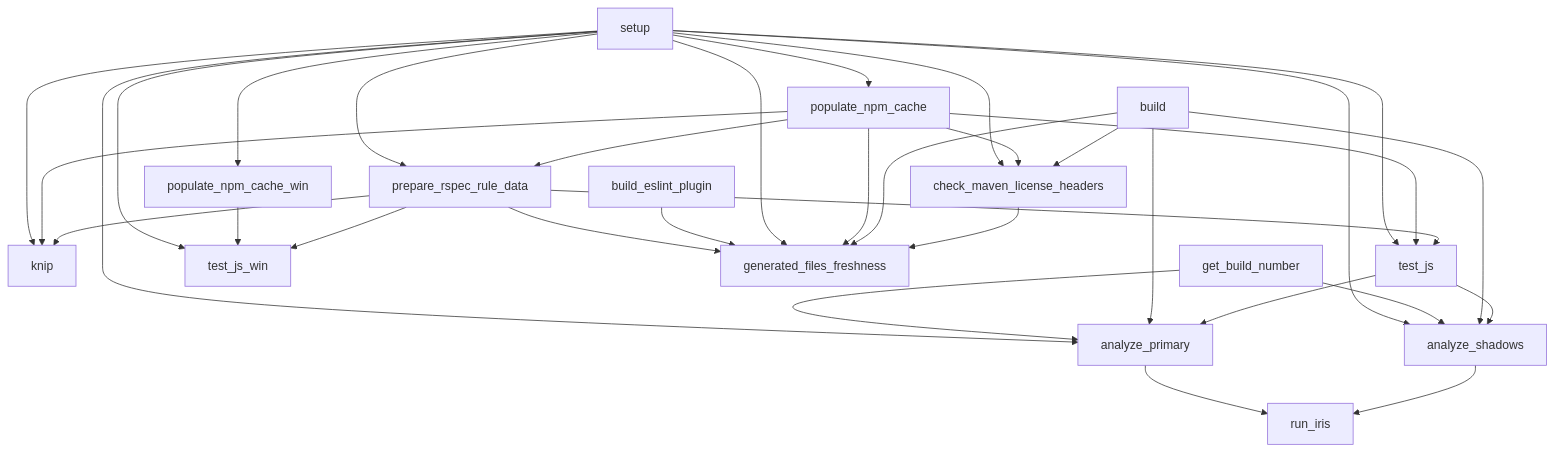
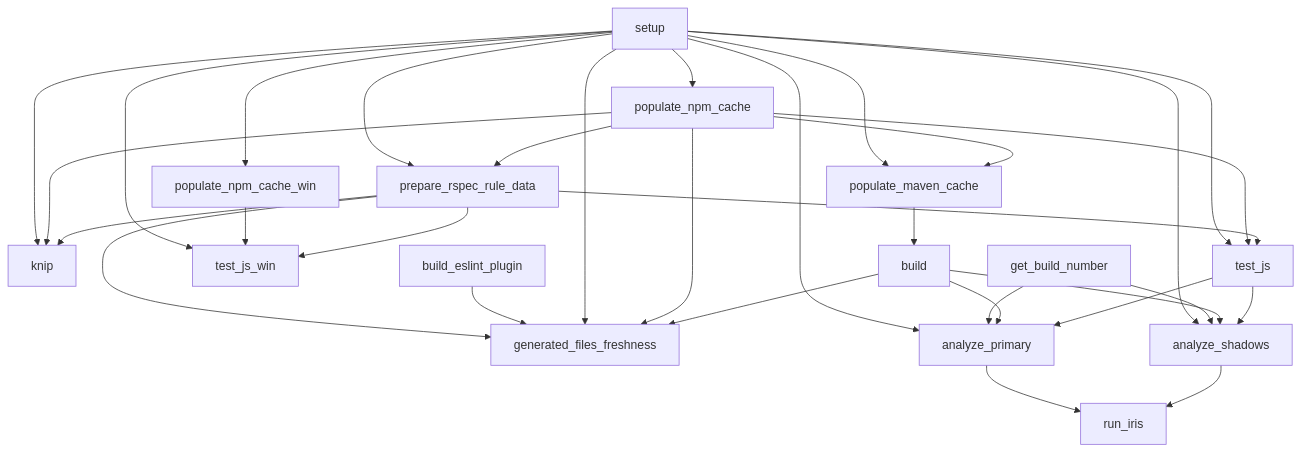
Before and after one commit to SonarSource/SonarJS: the third of 4 diagrams in docs/CI.md, drawn with Mermaid. The commit also changed other lines of this file and 1 other file, not shown here.

Commit message:
Populate-Maven-cache-before-build

````diff
--- a/docs/CI.md
+++ b/docs/CI.md
@@ -184,42 +185,41 @@
 ```mermaid
 flowchart TD
   setup["setup"] --> populate_npm_cache["populate_npm_cache"]
   setup --> populate_npm_cache_win["populate_npm_cache_win"]
   setup --> prepare_rspec_rule_data["prepare_rspec_rule_data"]
   populate_npm_cache --> prepare_rspec_rule_data
 
   setup --> knip["knip"]
   populate_npm_cache --> knip
   prepare_rspec_rule_data --> knip
 
   setup --> test_js["test_js"]
   populate_npm_cache --> test_js
   prepare_rspec_rule_data --> test_js
 
   setup --> test_js_win["test_js_win"]
   populate_npm_cache_win --> test_js_win
   prepare_rspec_rule_data --> test_js_win
 
   prepare_rspec_rule_data --> generated_files_freshness
   build_eslint_plugin["build_eslint_plugin"] --> generated_files_freshness["generated_files_freshness"]
   setup --> generated_files_freshness
   populate_npm_cache --> generated_files_freshness
   build --> generated_files_freshness
-  setup --> check_maven_license_headers["check_maven_license_headers"]
-  populate_npm_cache --> check_maven_license_headers
-  build --> check_maven_license_headers
-  check_maven_license_headers --> generated_files_freshness
+  setup --> populate_maven_cache["populate_maven_cache"]
+  populate_npm_cache --> populate_maven_cache
+  populate_maven_cache --> build
 
   setup --> analyze_primary["analyze_primary"]
   get_build_number["get_build_number"] --> analyze_primary
   build["build"] --> analyze_primary
   test_js --> analyze_primary
 
   setup --> analyze_shadows["analyze_shadows"]
   get_build_number --> analyze_shadows
   build --> analyze_shadows
   test_js --> analyze_shadows
 
   analyze_primary --> run_iris["run_iris"]
   analyze_shadows --> run_iris
 ```
````
